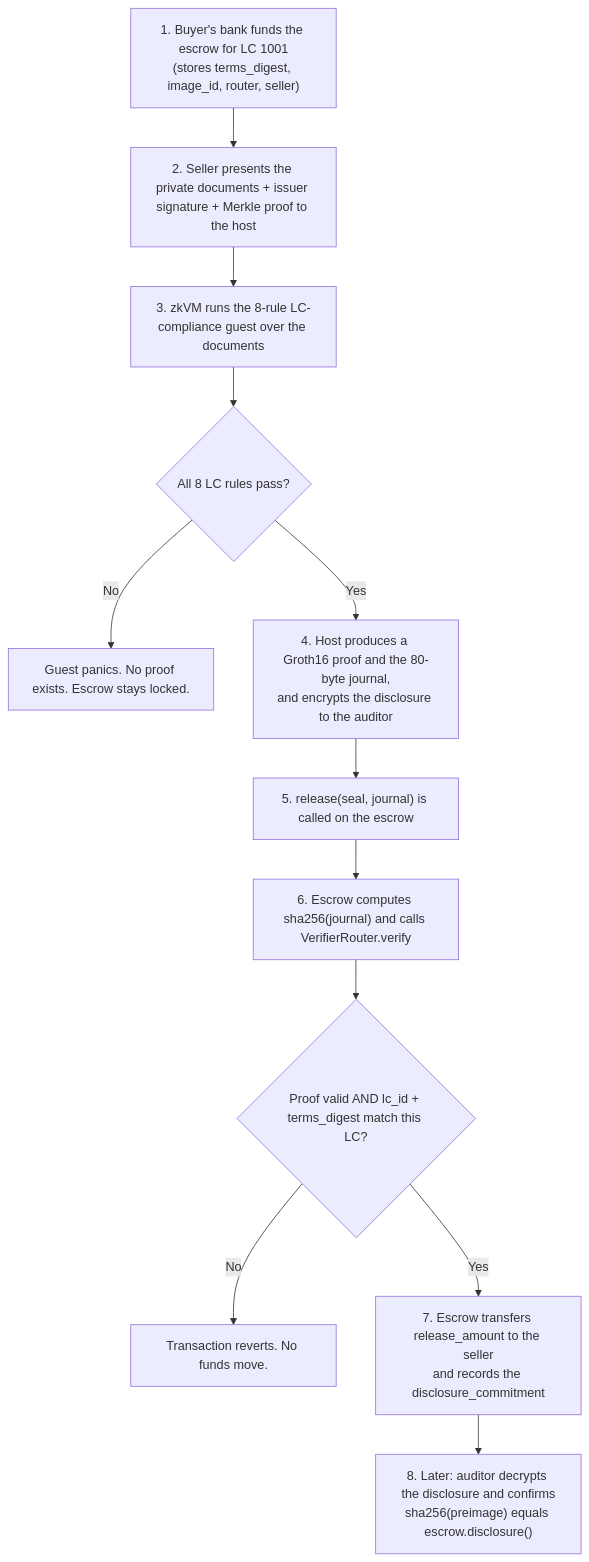
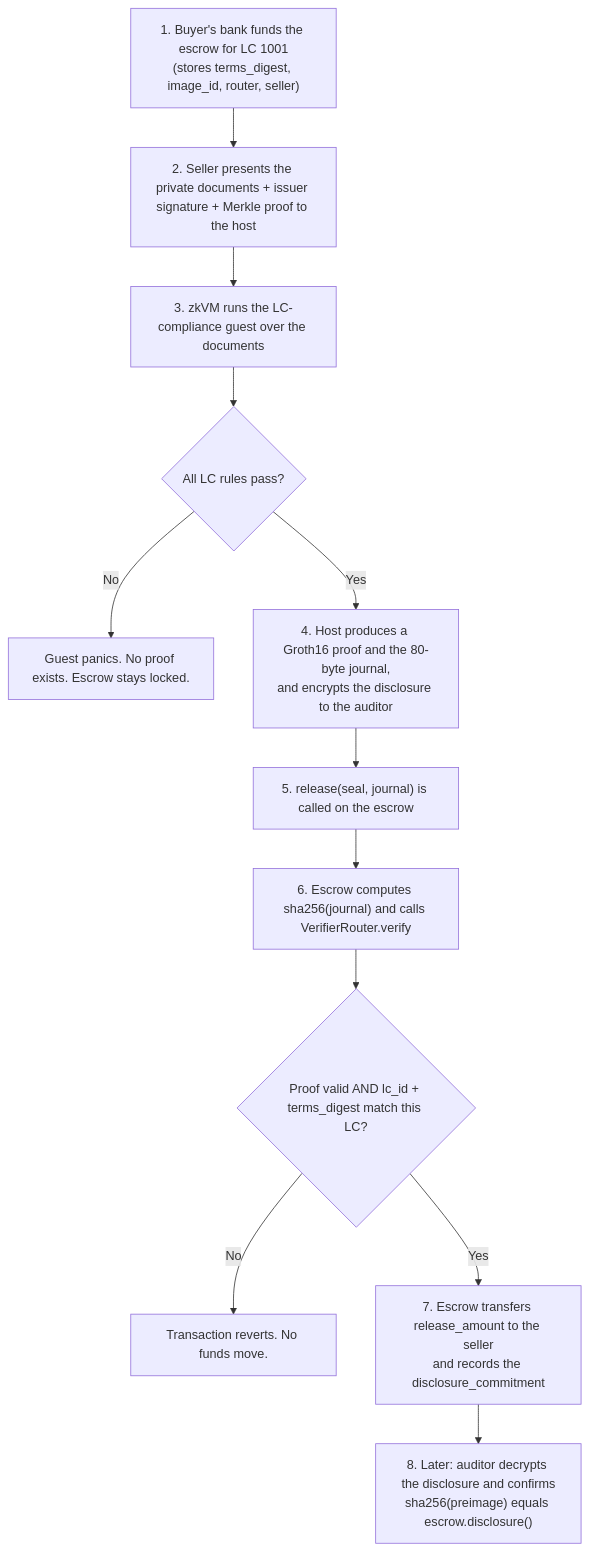
Before and after one commit to FlemingJohn/bill-of-zero: the second of 2 diagrams in README.md, drawn with Mermaid. The commit also changed other lines of this file and 4 other files, not shown here.

````diff
--- a/README.md
+++ b/README.md
@@ -88,21 +112,21 @@
 ```mermaid
 flowchart TD
     A["1. Buyer's bank funds the escrow for LC 1001<br/>(stores terms_digest, image_id, router, seller)"]
     B["2. Seller presents the private documents + issuer signature + Merkle proof to the host"]
-    C["3. zkVM runs the 8-rule LC-compliance guest over the documents"]
-    D{"All 8 LC rules pass?"}
+    C["3. zkVM runs the LC-compliance guest over the documents"]
+    D{"All LC rules pass?"}
     E["Guest panics. No proof exists. Escrow stays locked."]
     F["4. Host produces a Groth16 proof and the 80-byte journal,<br/>and encrypts the disclosure to the auditor"]
     G["5. release(seal, journal) is called on the escrow"]
     H["6. Escrow computes sha256(journal) and calls VerifierRouter.verify"]
     I{"Proof valid AND lc_id + terms_digest match this LC?"}
     J["Transaction reverts. No funds move."]
     K["7. Escrow transfers release_amount to the seller<br/>and records the disclosure_commitment"]
     L["8. Later: auditor decrypts the disclosure and confirms<br/>sha256(preimage) equals escrow.disclosure()"]
 
     A --> B --> C --> D
     D -- No --> E
     D -- Yes --> F --> G --> H --> I
     I -- No --> J
     I -- Yes --> K --> L
 ```
````
